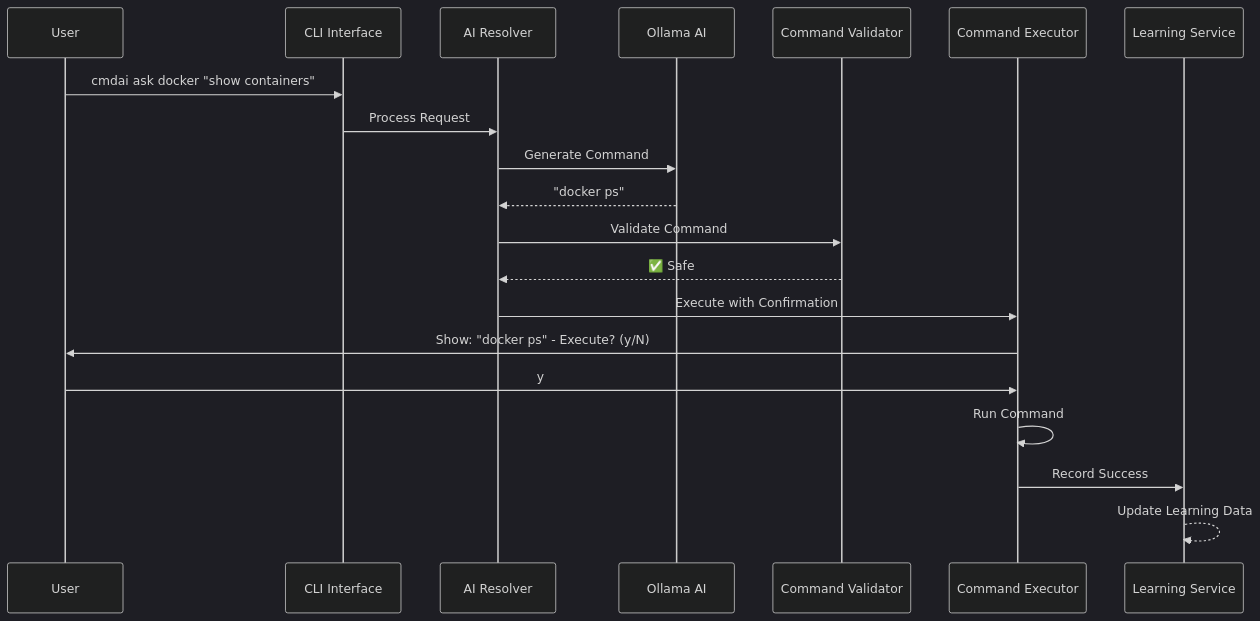
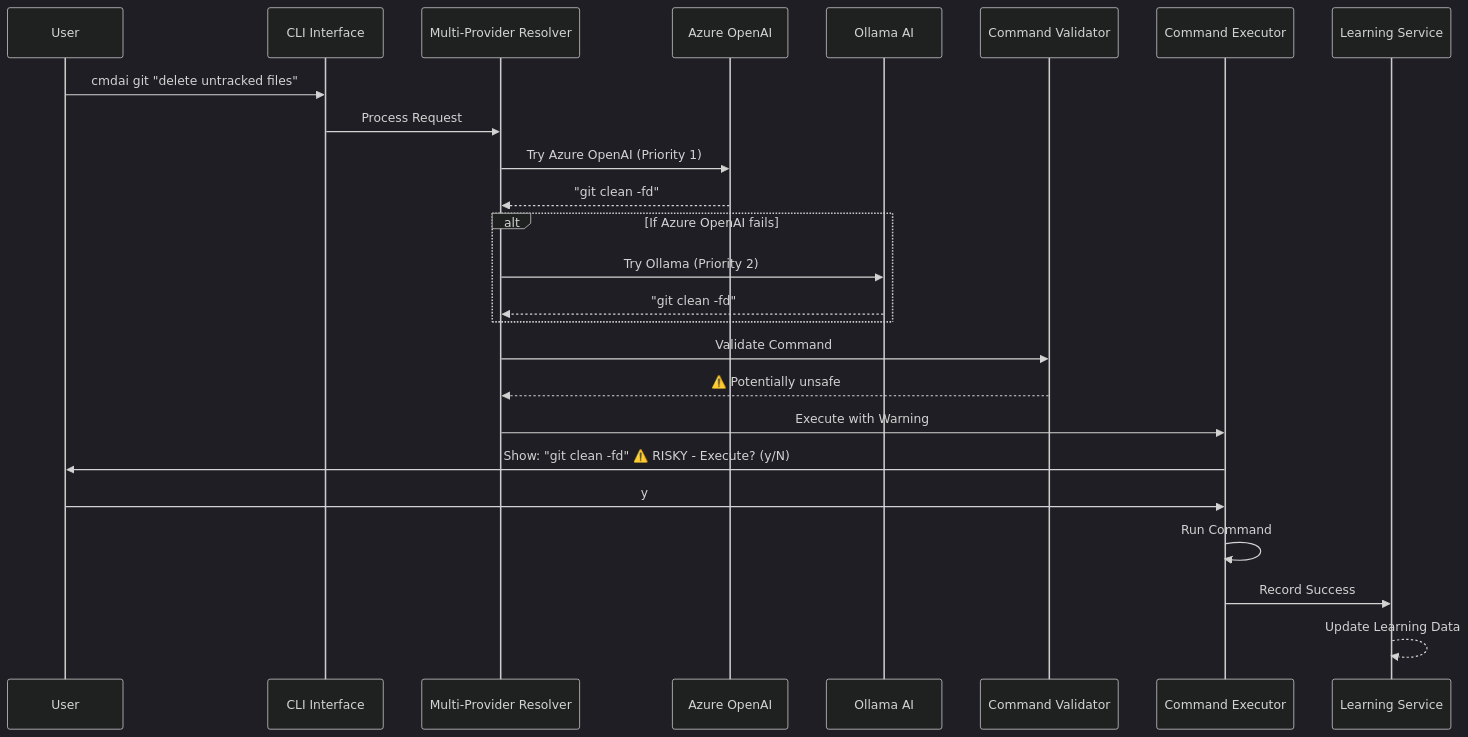
Before and after one commit to yoshiwatanabe/cmdai: the second of 13 diagrams in ARCHITECTURE.md, drawn with Mermaid (dark theme). The commit also changed other lines of this file and 1 other file, not shown here.

Commit message:
docs: Update documentation to reflect current multi-provider architecture
README.md UPDATES:
- Add diagnostics command to verification steps
- Update troubleshooting to prioritize diagnostics
- Reference home directory .env location
- Include diagnostics in Azure OpenAI troubleshooting

ARCHITECTURE.md UPDATES:
- Update diagrams to show Azure OpenAI + Ollama multi-provider system
- Replace AICommandResolver with MultiProviderAICommandResolver
- Add provider priority flow in sequence diagrams
- Update user journey to include Azure OpenAI setup and diagnostics
- Add Azure OpenAI to configuration flow diagrams

ACCURACY IMPROVEMENTS:
- Documentation now matches actual v1.2.0 implementation
- Reflects current multi-provider priority system
- Shows real command examples with diagnostics
- Includes troubleshooting workflow improvements

🤖 Generated with [Claude Code](https://claude.ai/code)

````diff
--- a/ARCHITECTURE.md
+++ b/ARCHITECTURE.md
@@ -46,23 +47,28 @@
 ```mermaid
 sequenceDiagram
     participant U as User
     participant CLI as CLI Interface
-    participant AIR as AI Resolver
-    participant OAI as Ollama AI
+    participant MPR as Multi-Provider Resolver
+    participant AZ as Azure OpenAI
+    participant OL as Ollama AI
     participant CV as Command Validator
     participant CE as Command Executor
     participant LS as Learning Service
     
-    U->>CLI: cmdai ask docker "show containers"
-    CLI->>AIR: Process Request
-    AIR->>OAI: Generate Command
-    OAI-->>AIR: "docker ps"
-    AIR->>CV: Validate Command
-    CV-->>AIR: ✅ Safe
-    AIR->>CE: Execute with Confirmation
-    CE->>U: Show: "docker ps" - Execute? (y/N)
+    U->>CLI: cmdai git "delete untracked files"
+    CLI->>MPR: Process Request
+    MPR->>AZ: Try Azure OpenAI (Priority 1)
+    AZ-->>MPR: "git clean -fd"
+    alt If Azure OpenAI fails
+        MPR->>OL: Try Ollama (Priority 2)
+        OL-->>MPR: "git clean -fd"
+    end
+    MPR->>CV: Validate Command
+    CV-->>MPR: ⚠️ Potentially unsafe
+    MPR->>CE: Execute with Warning
+    CE->>U: Show: "git clean -fd" ⚠️ RISKY - Execute? (y/N)
     U->>CE: y
     CE->>CE: Run Command
     CE->>LS: Record Success
     LS-->>LS: Update Learning Data
 ```
````
